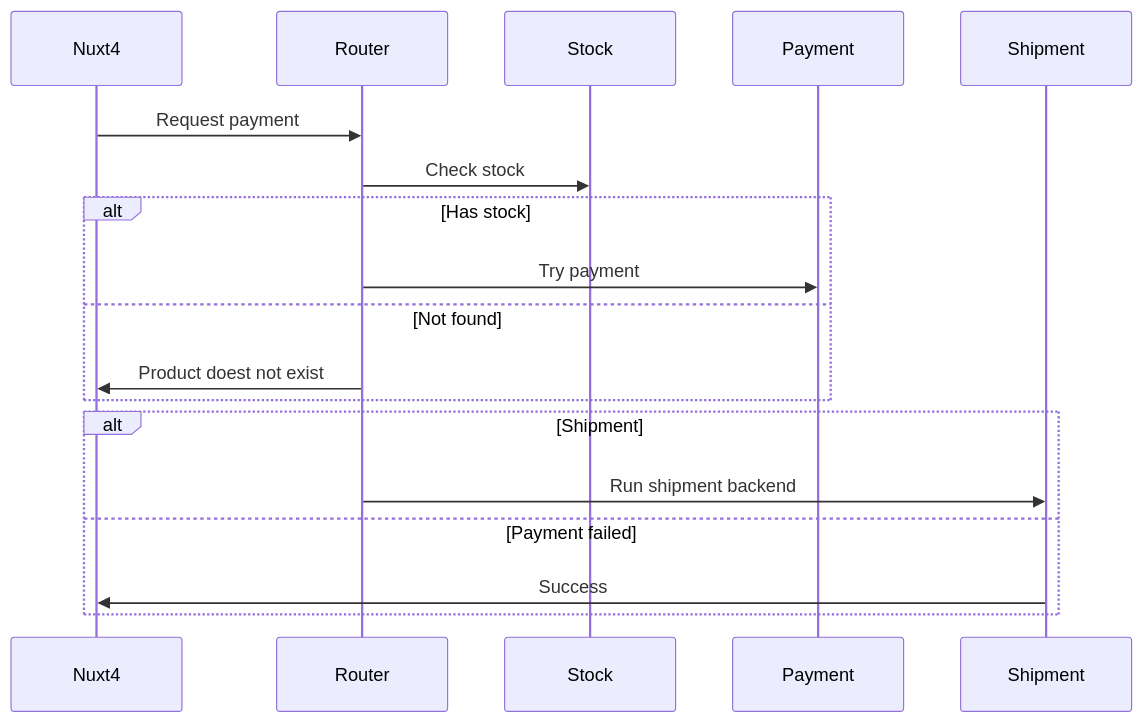
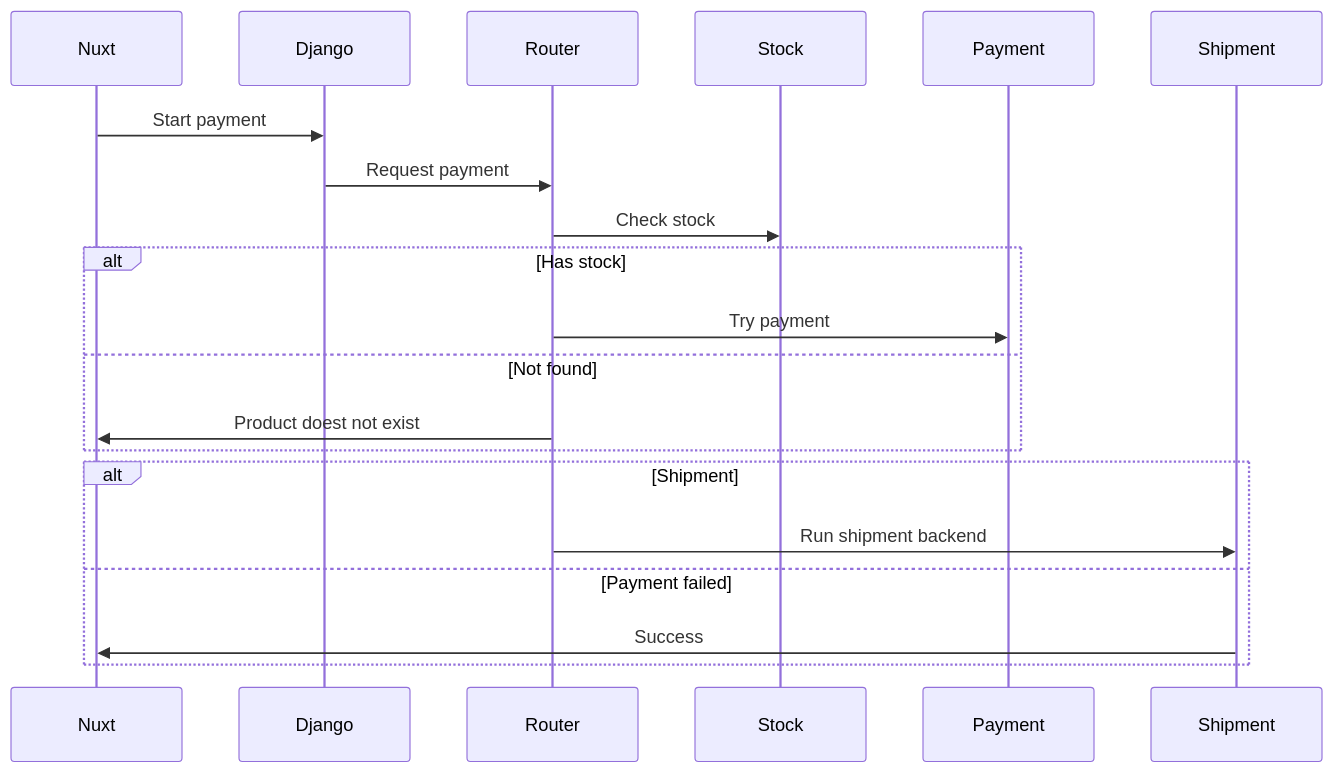
The second of 2 diagrams in services/purchase/README.md (Zadigo/mycommerce), drawn with Mermaid before and after one commit. The commit also changed 11 other files, not shown here.

````diff
--- a/services/purchase/README.md
+++ b/services/purchase/README.md
@@ -16,16 +16,20 @@
 ```mermaid
 %% Example of sequence diagram
-  sequenceDiagram
-    Nuxt4->>Router: Request payment
-    Router->>Stock: Check stock
-    alt Has stock
-    Router->>Payment: Try payment
-    else Not found
-    Router->>Nuxt4: Product doest not exist
-    end
-    alt Shipment
-    Router->>Shipment: Run shipment backend
-    else Payment failed
-    Shipment->>Nuxt4: Success
-    end
+sequenceDiagram
+
+Nuxt ->> Django: Start payment
+Django ->> Router: Request payment
+Router ->> Stock: Check stock
+
+alt Has stock
+Router ->> Payment: Try payment
+else Not found
+Router->>Nuxt: Product doest not exist
+end
+
+alt Shipment
+Router->>Shipment: Run shipment backend
+else Payment failed
+Shipment->>Nuxt: Success
+end
 ```
````
